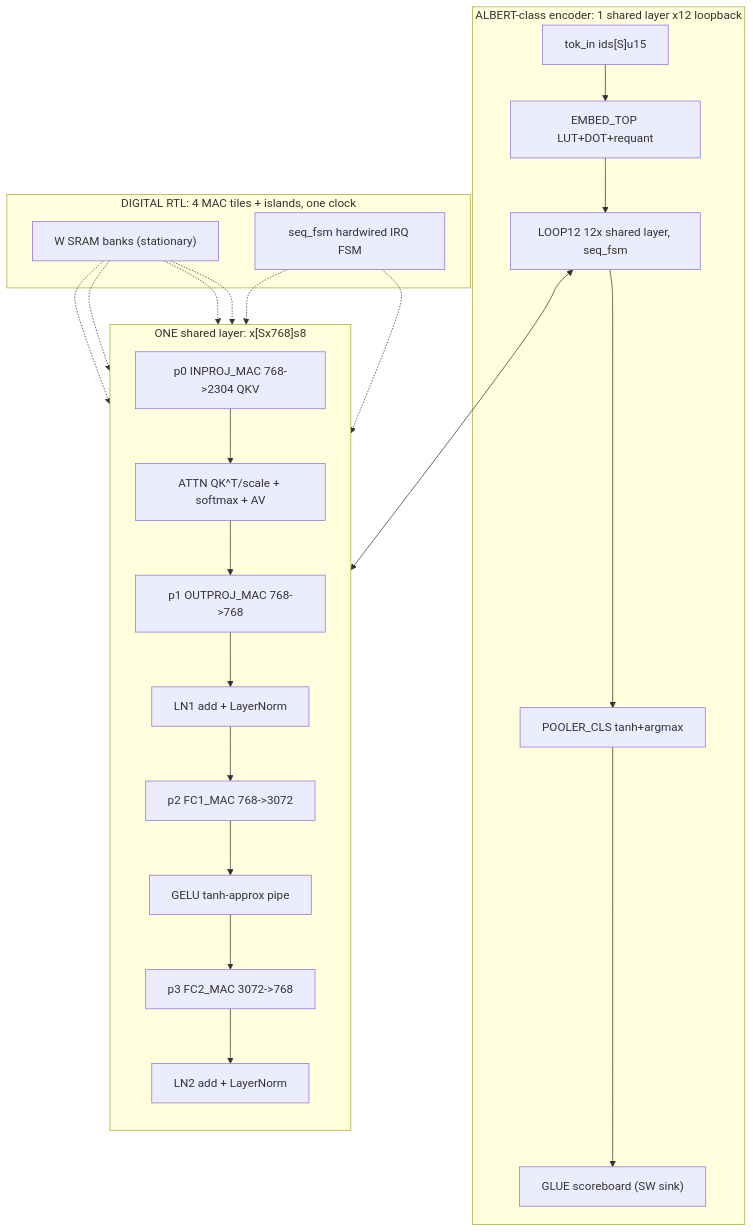
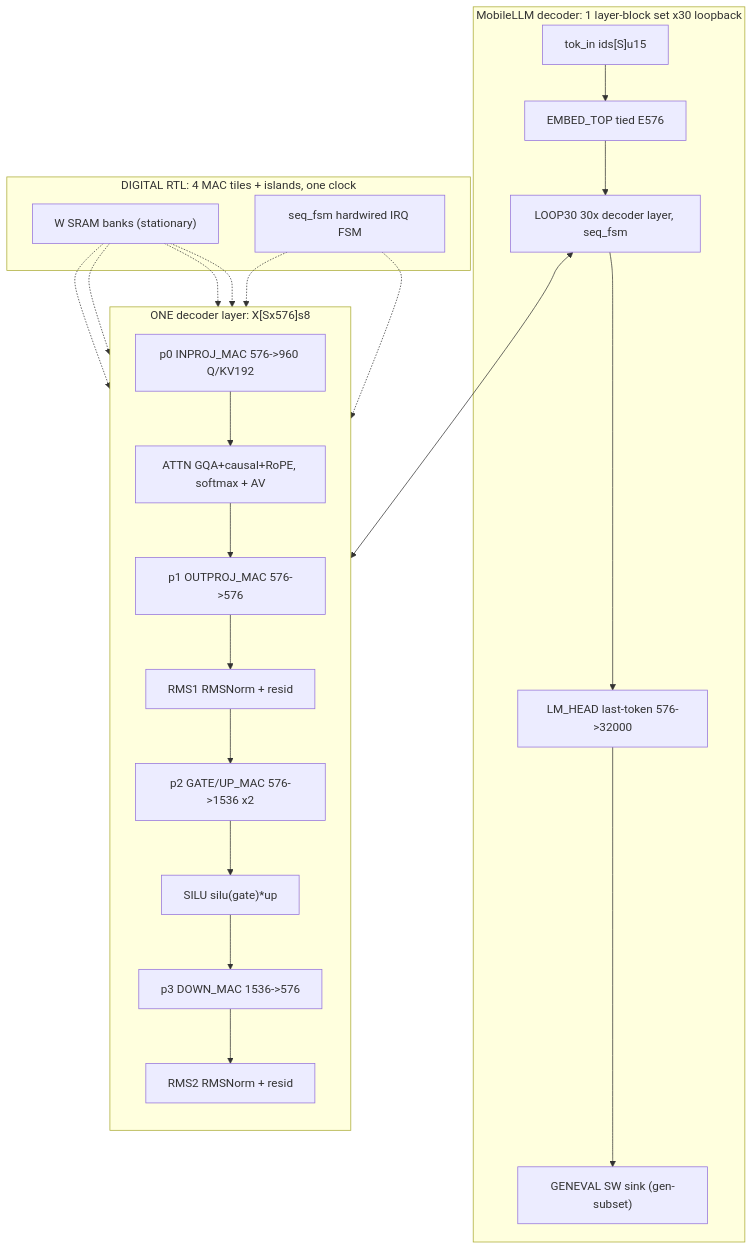
One commit to Team-RocketEDA/albert-chip-demo changed the diagram in architecture/top-level.md. Above: the diagram before and after it, drawn with Mermaid. The commit also changed other lines of this file and 20 other files, not shown here.

First line of the commit message:
docs(arch): mobilellm decoder contract rewrite

````diff
--- a/architecture/top-level.md
+++ b/architecture/top-level.md
@@ -15,38 +16,38 @@
 ```mermaid
 flowchart TB
-  subgraph ALBERT_top["ALBERT-class encoder: 1 shared layer x12 loopback"]
+  subgraph mobilellm_top["MobileLLM decoder: 1 layer-block set x30 loopback"]
     TOK["tok_in ids[S]u15"]
-    EMB["EMBED_TOP LUT+DOT+requant"]
-    LOOP["LOOP12 12x shared layer, seq_fsm"]
-    POOL["POOLER_CLS tanh+argmax"]
-    GLUE["GLUE scoreboard (SW sink)"]
-    TOK --> EMB --> LOOP --> POOL --> GLUE
+    EMB["EMBED_TOP tied E576"]
+    LOOP["LOOP30 30x decoder layer, seq_fsm"]
+    HEAD["LM_HEAD last-token 576->32000"]
+    GENEVAL["GENEVAL SW sink (gen-subset)"]
+    TOK --> EMB --> LOOP --> HEAD --> GENEVAL
   end
-  subgraph Layer["ONE shared layer: x[Sx768]s8"]
+  subgraph Layer["ONE decoder layer: X[Sx576]s8"]
     direction TB
-    P0["p0 INPROJ_MAC 768->2304 QKV"]
-    ATTN["ATTN QK^T/scale + softmax + AV"]
-    P1["p1 OUTPROJ_MAC 768->768"]
-    LN1["LN1 add + LayerNorm"]
-    P2["p2 FC1_MAC 768->3072"]
-    GELU["GELU tanh-approx pipe"]
-    P3["p3 FC2_MAC 3072->768"]
-    LN2["LN2 add + LayerNorm"]
-    P0 --> ATTN --> P1 --> LN1 --> P2 --> GELU --> P3 --> LN2
+    P0["p0 INPROJ_MAC 576->960 Q/KV192"]
+    ATTN["ATTN GQA+causal+RoPE, softmax + AV"]
+    P1["p1 OUTPROJ_MAC 576->576"]
+    RMS1["RMS1 RMSNorm + resid"]
+    P2["p2 GATE/UP_MAC 576->1536 x2"]
+    SILU["SILU silu(gate)*up"]
+    P3["p3 DOWN_MAC 1536->576"]
+    RMS2["RMS2 RMSNorm + resid"]
+    P0 --> ATTN --> P1 --> RMS1 --> P2 --> SILU --> P3 --> RMS2
   end
   LOOP <--> Layer
   subgraph RTLchip["DIGITAL RTL: 4 MAC tiles + islands, one clock"]
     P0
     P1
     P2
     P3
     WMEM["W SRAM banks (stationary)"]
     SEQ["seq_fsm hardwired IRQ FSM"]
     WMEM -.-> P0
     WMEM -.-> P1
     WMEM -.-> P2
     WMEM -.-> P3
     SEQ -.-> P0
     SEQ -.-> P3
   end
 ```
````
